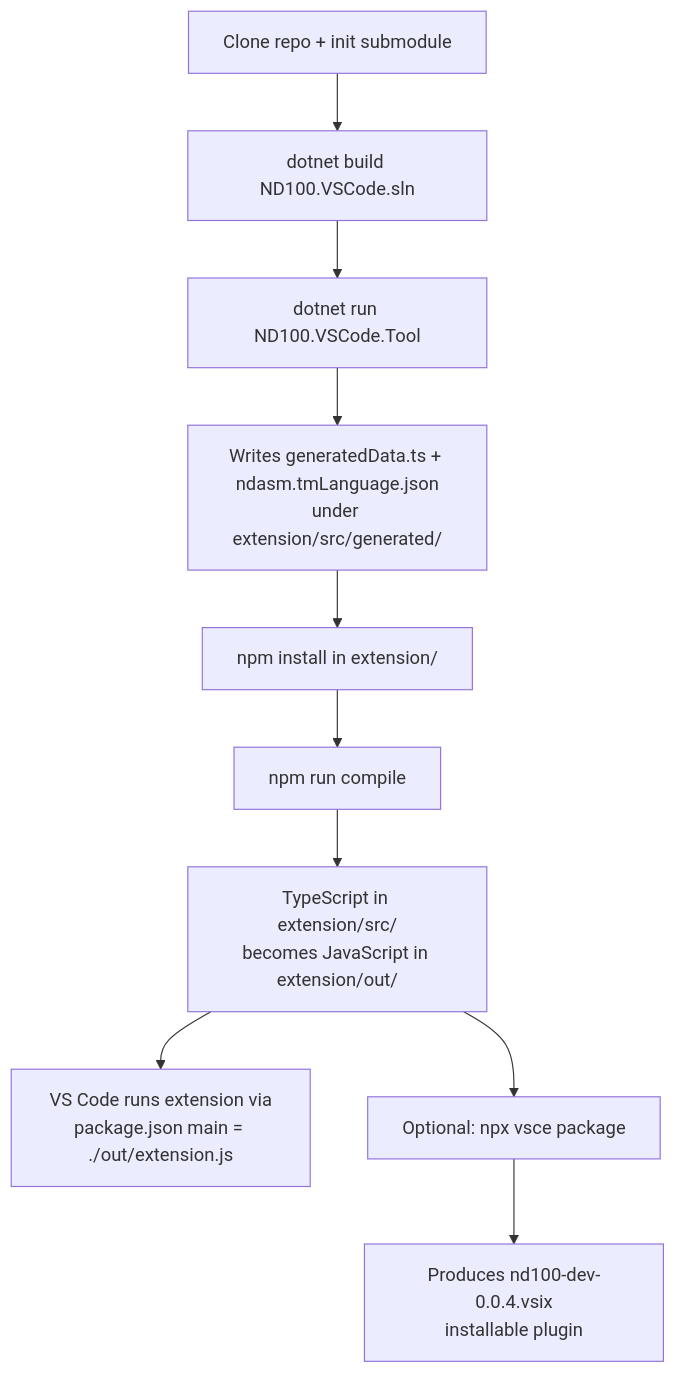
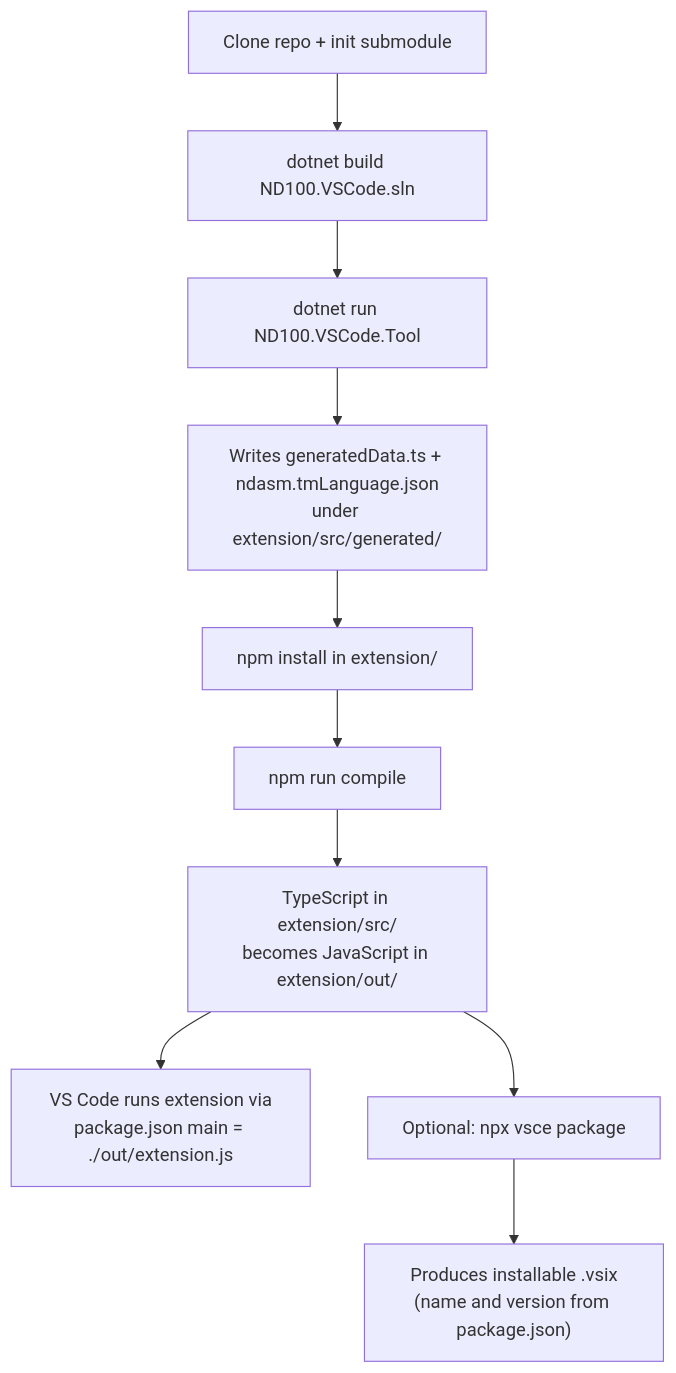
The second of 2 diagrams in README.md (RetroCoreLabs/vscode-nd-dev), drawn with Mermaid before and after one commit. The commit also changed other lines of this file, not shown here.

Commit message:
docs: describe VSIX output without a fixed version
Replace hardcoded nd100-dev-0.0.4.vsix in the flow diagram and packaging table with the vsce naming rule (package.json name + version).

````diff
--- a/README.md
+++ b/README.md
@@ -99,12 +99,12 @@
 ```mermaid
 flowchart TD
   A[Clone repo + init submodule] --> B[dotnet build ND100.VSCode.sln]
   B --> C[dotnet run ND100.VSCode.Tool]
   C --> D[Writes generatedData.ts + ndasm.tmLanguage.json\nunder extension/src/generated/]
   D --> E[npm install in extension/]
   E --> F[npm run compile]
   F --> G[TypeScript in extension/src/\nbecomes JavaScript in extension/out/]
   G --> H[VS Code runs extension via\npackage.json main = ./out/extension.js]
   G --> I[Optional: npx vsce package]
-  I --> J[Produces nd100-dev-0.0.4.vsix\ninstallable plugin]
+  I --> J["Produces installable .vsix\n(name and version from package.json)"]
 ```
````
